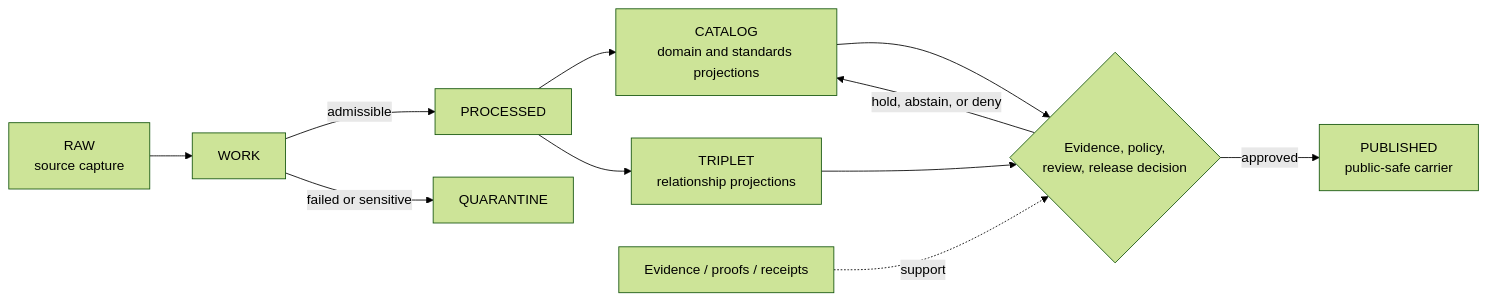
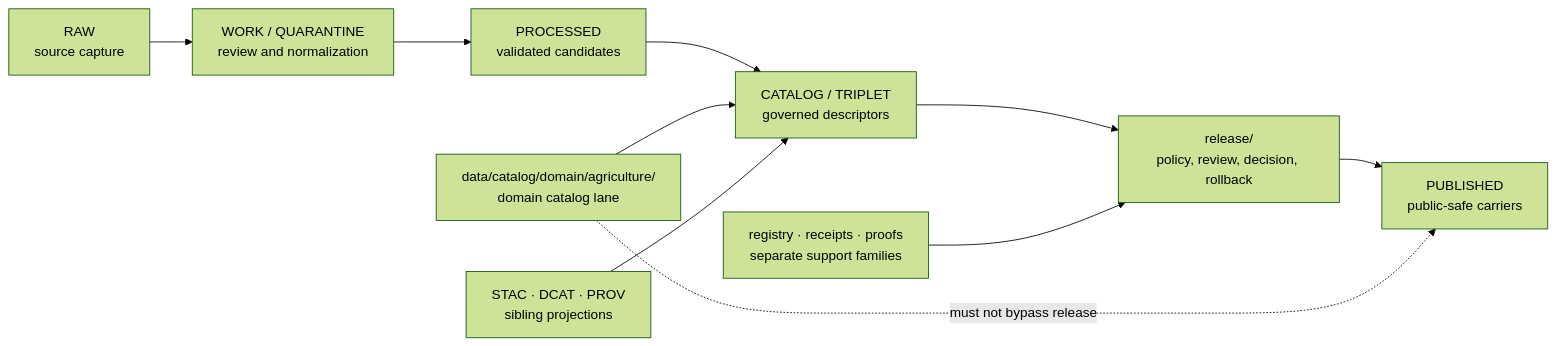
One commit to bartytime4life/Kansas-Frontier-Matrix changed the diagram in data/catalog/domain/agriculture/README.md. Above: the diagram before and after it, drawn with Mermaid (forest theme). The commit also changed other lines of this file, not shown here.

Commit message:
Align Agriculture catalog README with folder contract

````diff
--- a/data/catalog/domain/agriculture/README.md
+++ b/data/catalog/domain/agriculture/README.md
@@ -86,13 +263,12 @@
-~~~mermaid
+```mermaid
 flowchart LR
-  RAW["RAW<br/>source capture"] --> WORK["WORK"]
-  WORK -->|admissible| PROCESSED["PROCESSED"]
-  WORK -->|failed or sensitive| QUARANTINE["QUARANTINE"]
-  PROCESSED --> CATALOG["CATALOG<br/>domain and standards projections"]
-  PROCESSED --> TRIPLET["TRIPLET<br/>relationship projections"]
-  CATALOG --> REVIEW{"Evidence, policy,<br/>review, release decision"}
-  TRIPLET --> REVIEW
-  PROOFS["Evidence / proofs / receipts"] -. support .-> REVIEW
-  REVIEW -->|approved| PUBLISHED["PUBLISHED<br/>public-safe carrier"]
-  REVIEW -->|hold, abstain, or deny| CATALOG
-~~~
+    RAW["RAW<br/>source capture"] --> WORK["WORK / QUARANTINE<br/>review and normalization"]
+    WORK --> PROCESSED["PROCESSED<br/>validated candidates"]
+    PROCESSED --> CATALOG["CATALOG / TRIPLET<br/>governed descriptors"]
+    CATALOG --> RELEASE["release/<br/>policy, review, decision, rollback"]
+    RELEASE --> PUBLISHED["PUBLISHED<br/>public-safe carriers"]
+    DOMAIN["data/catalog/domain/agriculture/<br/>domain catalog lane"] --> CATALOG
+    STANDARDS["STAC · DCAT · PROV<br/>sibling projections"] --> CATALOG
+    EVIDENCE["registry · receipts · proofs<br/>separate support families"] --> RELEASE
+    DOMAIN -. "must not bypass release" .-> PUBLISHED
+```
````
